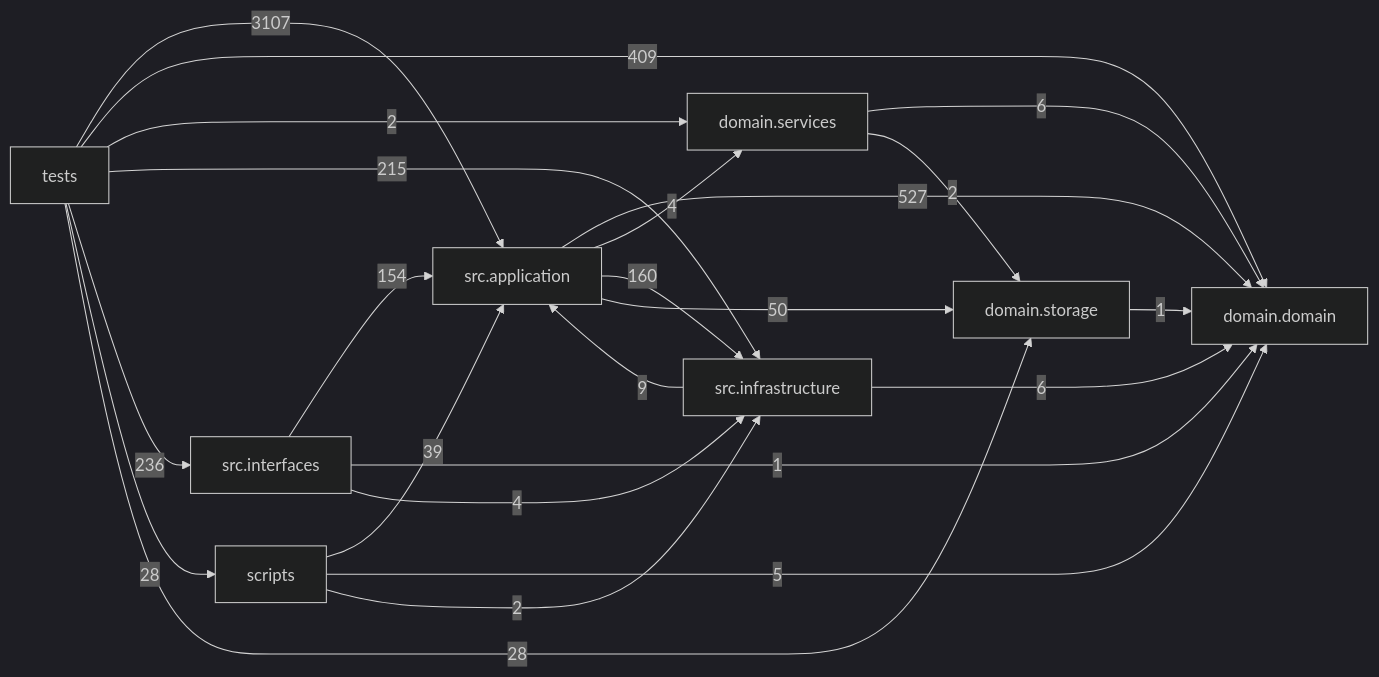
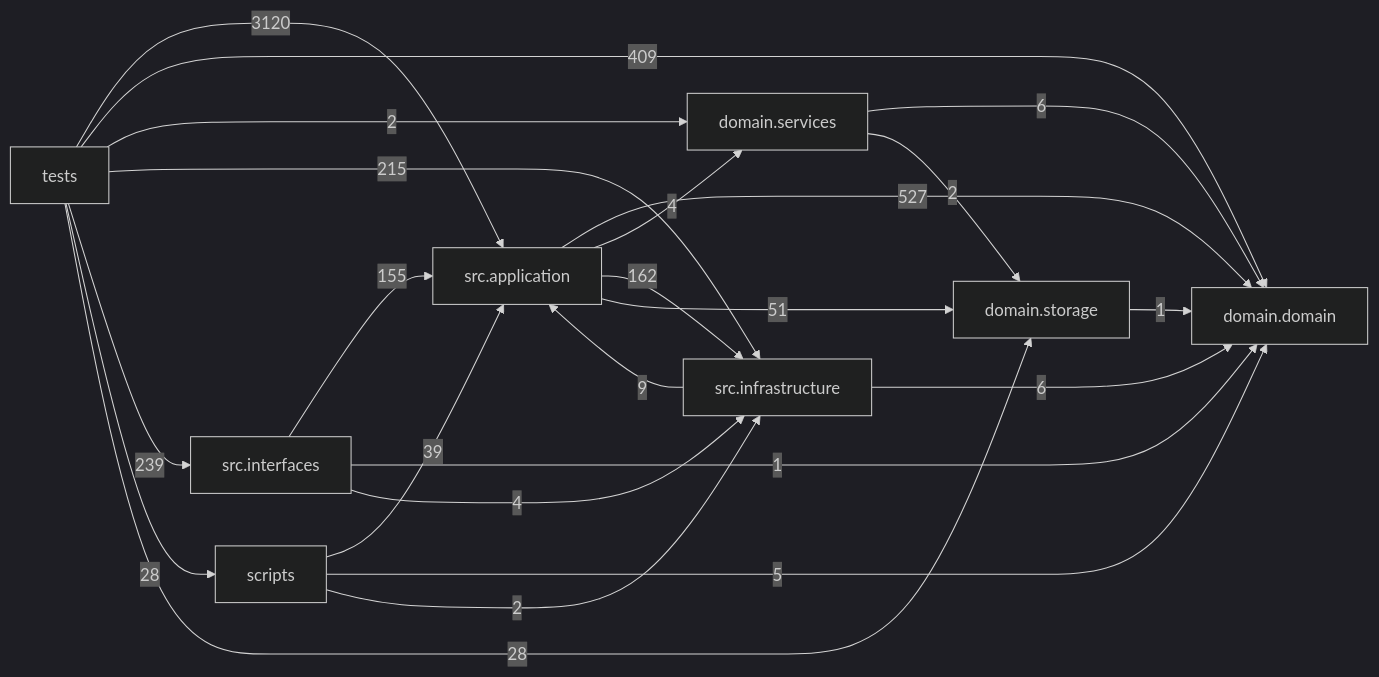
One commit to liuxie066/options-monitor changed the diagram in docs/DEPENDENCY_GRAPH.md. Above: the diagram before and after it, drawn with Mermaid (dark theme). The commit also changed other lines of this file and 13 other files, not shown here.

````diff
--- a/docs/DEPENDENCY_GRAPH.md
+++ b/docs/DEPENDENCY_GRAPH.md
@@ -24,33 +24,33 @@
 ```mermaid
 flowchart LR
   tests["tests"]
   scripts["scripts"]
   interfaces["src.interfaces"]
   application["src.application"]
   infrastructure["src.infrastructure"]
   domain_services["domain.services"]
   domain["domain.domain"]
   storage["domain.storage"]
   application -->|527| domain
   application -->|4| domain_services
-  application -->|160| infrastructure
-  application -->|50| storage
+  application -->|162| infrastructure
+  application -->|51| storage
   domain_services -->|6| domain
   domain_services -->|2| storage
   infrastructure -->|9| application
   infrastructure -->|6| domain
-  interfaces -->|154| application
+  interfaces -->|155| application
   interfaces -->|1| domain
   interfaces -->|4| infrastructure
   scripts -->|39| application
   scripts -->|5| domain
   scripts -->|2| infrastructure
   storage -->|1| domain
-  tests -->|3107| application
+  tests -->|3120| application
   tests -->|409| domain
   tests -->|2| domain_services
   tests -->|215| infrastructure
-  tests -->|236| interfaces
+  tests -->|239| interfaces
   tests -->|28| scripts
   tests -->|28| storage
 ```
````
